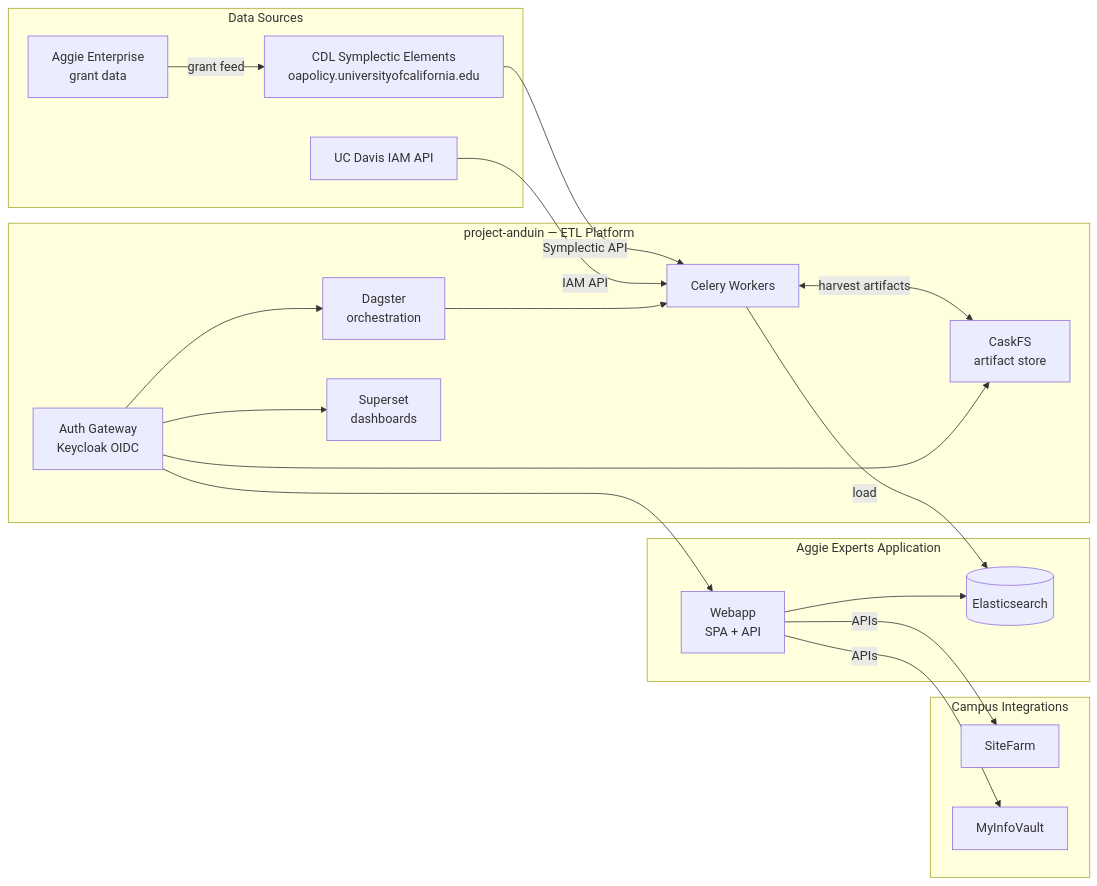
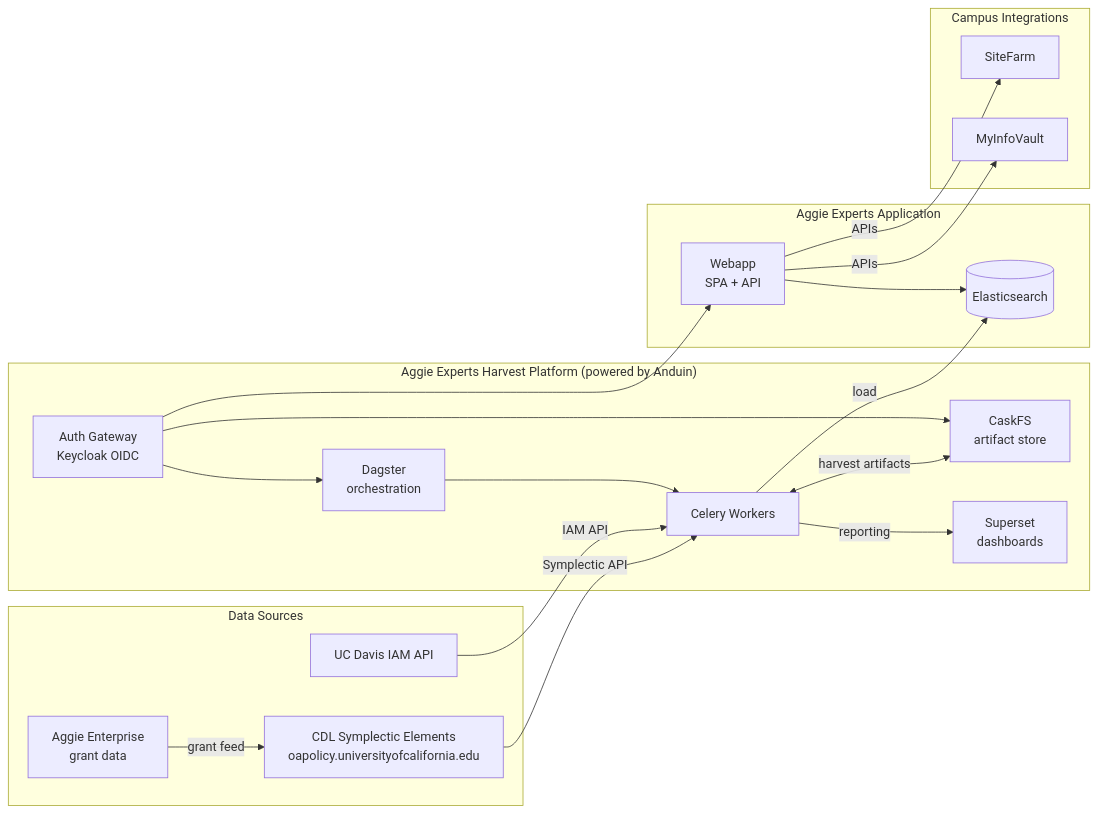
One commit to ucd-library/aggie-experts changed the diagram in README.md. Above: the diagram before and after it, drawn with Mermaid. The commit also changed other lines of this file, not shown here.

````diff
--- a/README.md
+++ b/README.md
@@ -8,36 +8,37 @@
 ```mermaid
 flowchart LR
     subgraph Sources ["Data Sources"]
         CDL["CDL Symplectic Elements\noapolicy.universityofcalifornia.edu"]
         IAM["UC Davis IAM API"]
         AE_ENT["Aggie Enterprise\ngrant data"]
     end
 
-    subgraph Anduin ["project-anduin — ETL Platform"]
+    subgraph Anduin ["Aggie Experts Harvest Platform (powered by Anduin)"]
         GW["Auth Gateway\nKeycloak OIDC"]
         DAG["Dagster\norchestration"]
         WORKERS["Celery Workers"]
         CASK["CaskFS\nartifact store"]
         SUP["Superset\ndashboards"]
     end
 
     subgraph AEApp ["Aggie Experts Application"]
         ES[("Elasticsearch")]
         WEBAPP["Webapp\nSPA + API"]
     end
 
     subgraph Campus ["Campus Integrations"]
         SF["SiteFarm"]
         MIV["MyInfoVault"]
     end
 
     AE_ENT -->|"grant feed"| CDL
     CDL -->|"Symplectic API"| WORKERS
     IAM -->|"IAM API"| WORKERS
     DAG --> WORKERS
     WORKERS <-->|"harvest artifacts"| CASK
     WORKERS -->|"load"| ES
-    GW --> DAG & CASK & SUP & WEBAPP
+    WORKERS -->|"reporting"| SUP
+    GW --> DAG & CASK & WEBAPP
     WEBAPP --> ES
     WEBAPP -->|"APIs"| SF & MIV
 ```
````
